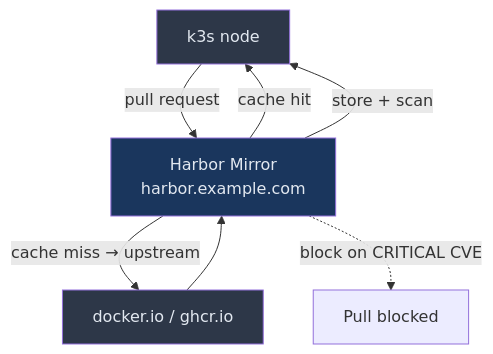
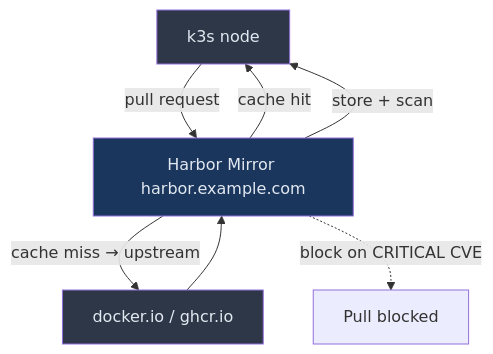
One commit to UncleJS/course_k3s changed the seventh of 7 diagrams in 16_podman_to_k3s/03_images_and_registries.md. Above: the diagram before and after it, drawn with Mermaid. The commit also changed other lines of this file and 57 other files, not shown here.

````diff
--- a/16_podman_to_k3s/03_images_and_registries.md
+++ b/16_podman_to_k3s/03_images_and_registries.md
@@ -844,13 +844,13 @@
 ```mermaid
 flowchart TD
-    k3s[k3s node] -->|pull request| mirror[Harbor Mirror\nharbor.example.com]
+    k3s[k3s node] -->|pull request| mirror[Harbor Mirror harbor.example.com]
     mirror -->|cache hit| k3s
     mirror -->|cache miss → upstream| hub[docker.io / ghcr.io]
     hub --> mirror
     mirror -->|store + scan| k3s
     mirror -.->|block on CRITICAL CVE| DENY[Pull blocked]
 
     style k3s fill:#2d3748,color:#e2e8f0
     style mirror fill:#1a365d,color:#e2e8f0
     style hub fill:#2d3748,color:#e2e8f0
 ```
````
